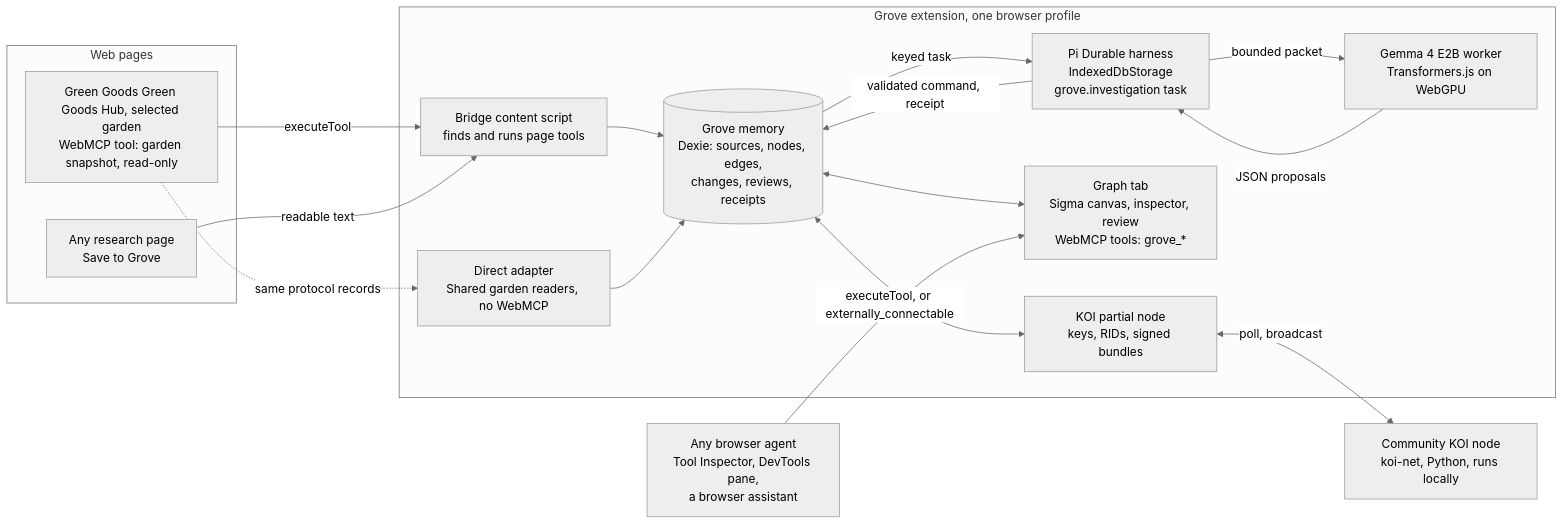
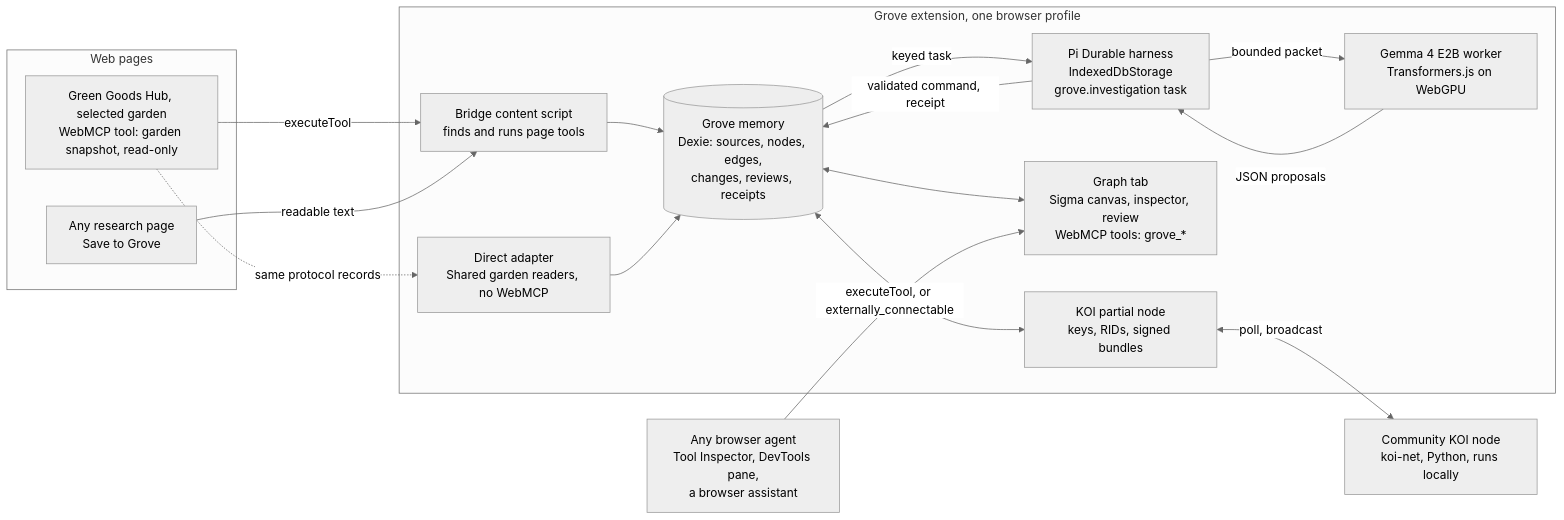
The diagram in .plans/ideas/grove/prototype.md (greenpill-dev-guild/green-goods), drawn with Mermaid (neutral theme) before and after one commit. The commit also changed other lines of this file and 1 other file, not shown here.

Commit message:
docs(plans): remove duplicated Hub names in Grove diagrams
Agent-Model: gpt-6.1-sol/xhigh

````diff
--- a/.plans/ideas/grove/prototype.md
+++ b/.plans/ideas/grove/prototype.md
@@ -29,31 +29,31 @@
 ```mermaid
 flowchart LR
   subgraph Pages["Web pages"]
-    GG["Green Goods Green Goods Hub, selected garden<br/>WebMCP tool: garden snapshot, read-only"]
+    GG["Green Goods Hub, selected garden<br/>WebMCP tool: garden snapshot, read-only"]
     SRC["Any research page<br/>Save to Grove"]
   end
   subgraph Ext["Grove extension, one browser profile"]
     BR["Bridge content script<br/>finds and runs page tools"]
     DIR["Direct adapter<br/>Shared garden readers, no WebMCP"]
     MEM[("Grove memory<br/>Dexie: sources, nodes, edges,<br/>changes, reviews, receipts")]
     PI["Pi Durable harness<br/>IndexedDbStorage<br/>grove.investigation task"]
     GEM["Gemma 4 E2B worker<br/>Transformers.js on WebGPU"]
     UI["Graph tab<br/>Sigma canvas, inspector, review<br/>WebMCP tools: grove_*"]
     KOI["KOI partial node<br/>keys, RIDs, signed bundles"]
   end
   PEER["Community KOI node<br/>koi-net, Python, runs locally"]
   AGENT["Any browser agent<br/>Tool Inspector, DevTools pane,<br/>a browser assistant"]
   GG -->|"executeTool"| BR
   GG -.->|"same protocol records"| DIR
   SRC -->|"readable text"| BR
   BR --> MEM
   DIR --> MEM
   MEM -->|"keyed task"| PI
   PI -->|"bounded packet"| GEM
   GEM -->|"JSON proposals"| PI
   PI -->|"validated command, receipt"| MEM
   MEM <--> UI
   MEM <--> KOI
   KOI <-->|"poll, broadcast"| PEER
   AGENT -->|"executeTool, or externally_connectable"| UI
 ```
````
